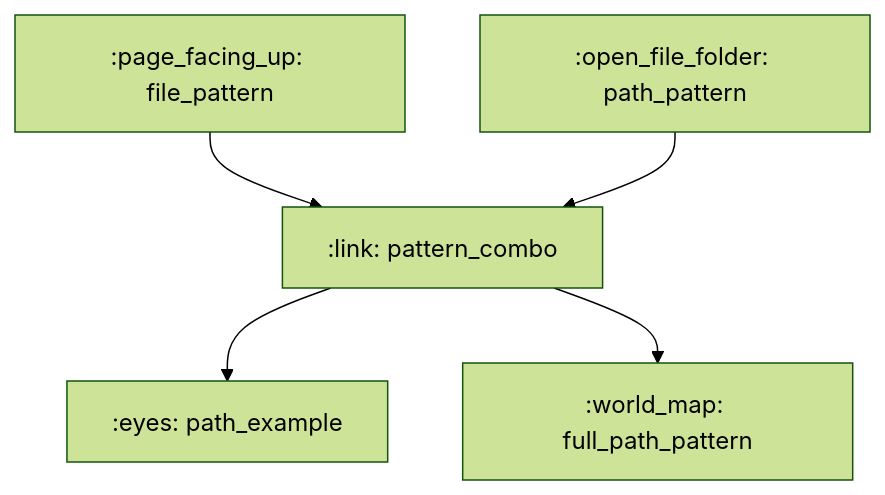
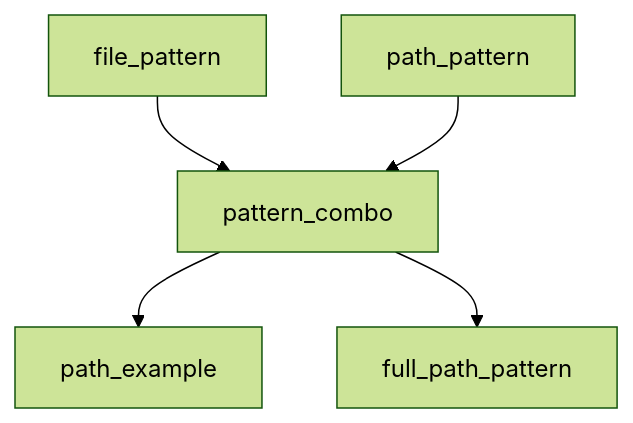
One commit to ThanuMahee12/AgentContext changed diagram 14 of 22 in docs/brainstorms/investigation-db.md. Above: the diagram before and after it, drawn with Mermaid (forest theme). The commit also changed other lines of this file, not shown here.

Commit message:
docs: remove emoji shortcodes from mermaid diagrams

````diff
--- a/docs/brainstorms/investigation-db.md
+++ b/docs/brainstorms/investigation-db.md
@@ -365,7 +365,7 @@
 ```mermaid
 flowchart TB
-    FP[":page_facing_up: file_pattern"] --> PC[":link: pattern_combo"]
-    PP[":open_file_folder: path_pattern"] --> PC
-    PC --> EX[":eyes: path_example"]
-    PC --> FPP[":world_map: full_path_pattern"]
+    FP["file_pattern"] --> PC["pattern_combo"]
+    PP["path_pattern"] --> PC
+    PC --> EX["path_example"]
+    PC --> FPP["full_path_pattern"]
 ```
````
